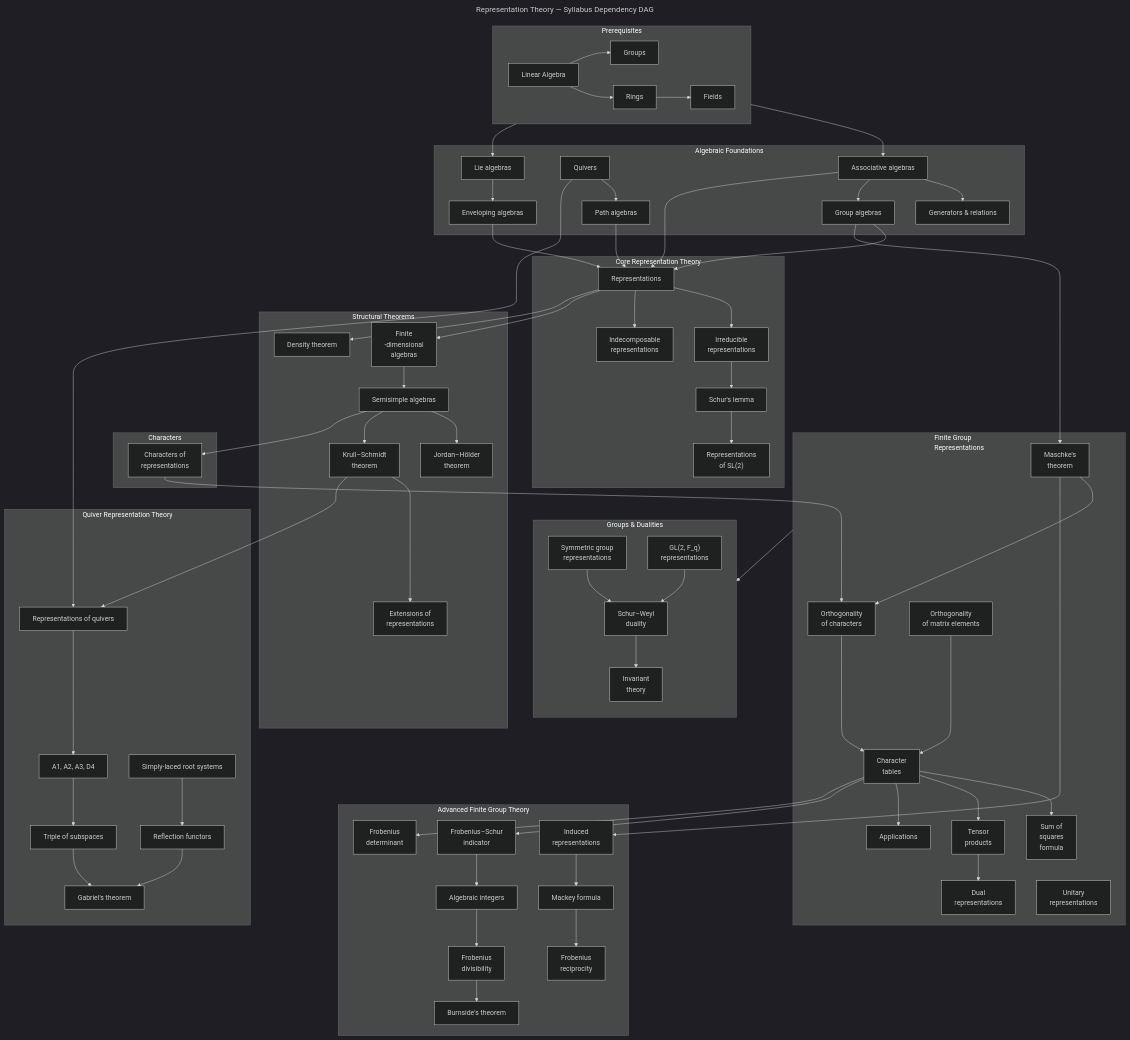
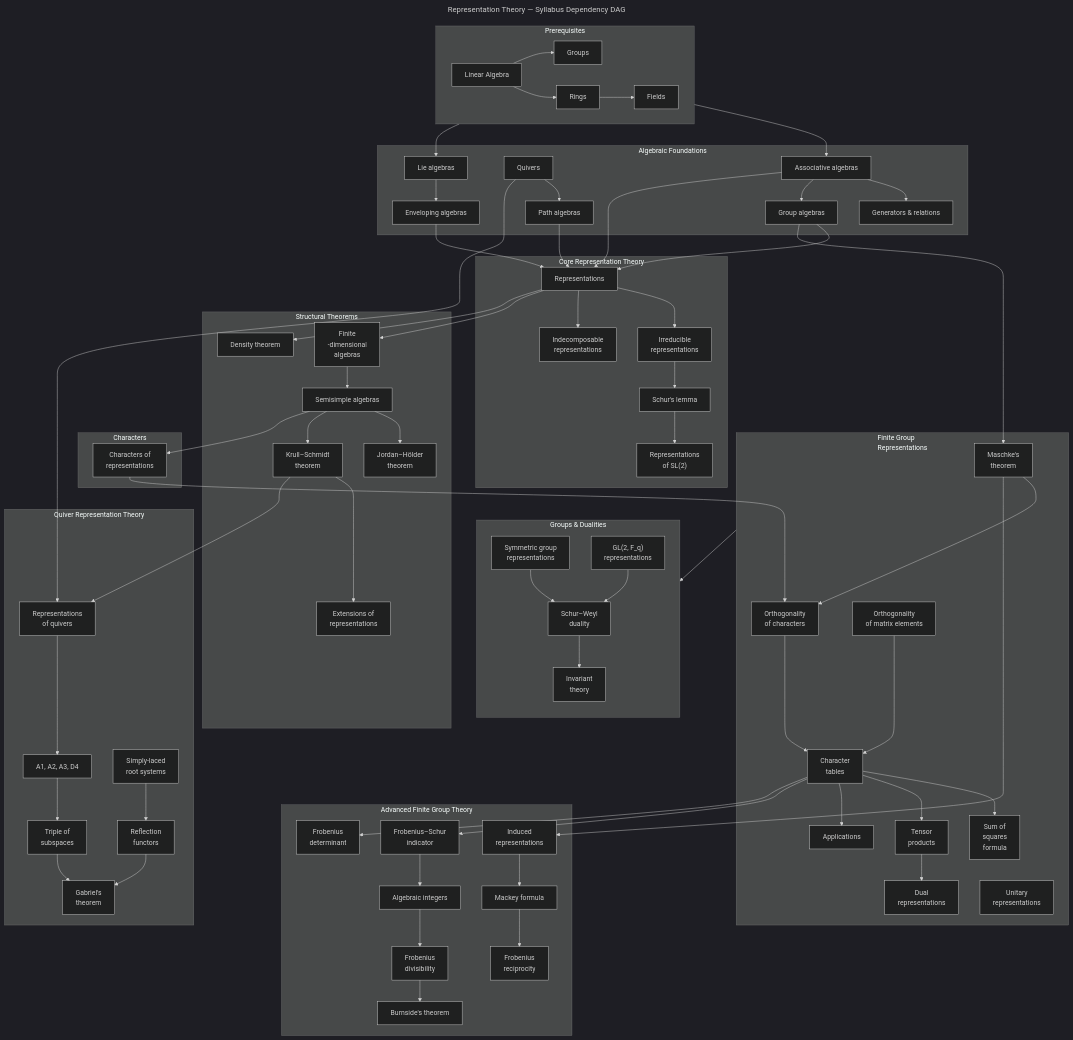
One commit to sohale/cs-glossaries changed the fourth of 4 diagrams in math-ml/representation-theory.md. Above: the diagram before and after it, drawn with Mermaid (dark theme). The commit also changed other lines of this file, not shown here.

Commit message:
Enhance representation-theory.md with new content
Added relationships between representation theory and various fields, and improved formatting.

```diff
--- a/math-ml/representation-theory.md
+++ b/math-ml/representation-theory.md
@@ -303,12 +309,12 @@
 %% Quiver Representations
 %% =========================
 subgraph quivers [Quiver Representation Theory]
-    QReps[Representations of quivers]
+    QReps[Representations <br> of quivers]
     ATypes[A1, A2, A3, D4]
-    Triple[Triple of subspaces]
-    Gabriel[Gabriel's theorem]
-    Roots[Simply-laced root systems]
-    Reflect[Reflection functors]
+    Triple[Triple of <br>  subspaces]
+    Gabriel[Gabriel's <br>  theorem]
+    Roots[Simply-laced <br> root systems]
+    Reflect[Reflection <br>  functors]
 
     QReps --> ATypes
     ATypes --> Triple
```
